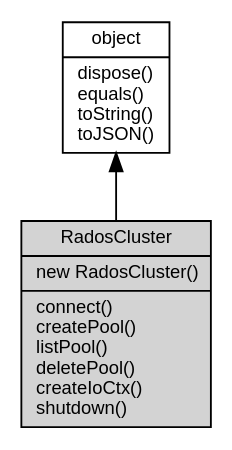
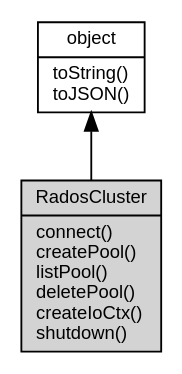
One commit to asionius/fibjs-ceph changed the diagram in docs/object/ifs/RadosCluster.md. Above: the diagram before and after it, drawn with Graphviz. The commit also changed other lines of this file and 138 other files, not shown here.

````diff
--- a/docs/object/ifs/RadosCluster.md
+++ b/docs/object/ifs/RadosCluster.md
@@ -16,10 +16,10 @@
 ```dot
 digraph {
     node [fontname="Helvetica,sans-Serif", fontsize=10, shape="record", style="filled", fillcolor="white"];
 
-    object [tooltip="object", URL="object.md", label="{object|dispose()\lequals()\ltoString()\ltoJSON()\l}"];
-    RadosCluster [tooltip="RadosCluster", fillcolor="lightgray", label="{RadosCluster|new RadosCluster()\l|connect()\lcreatePool()\llistPool()\ldeletePool()\lcreateIoCtx()\lshutdown()\l}"];
+    object [tooltip="object", URL="object.md", label="{object|toString()\ltoJSON()\l}"];
+    RadosCluster [tooltip="RadosCluster", fillcolor="lightgray", id="me", label="{RadosCluster|connect()\lcreatePool()\llistPool()\ldeletePool()\lcreateIoCtx()\lshutdown()\l}"];
 
     object -> RadosCluster [dir=back];
 }
 ```
````
